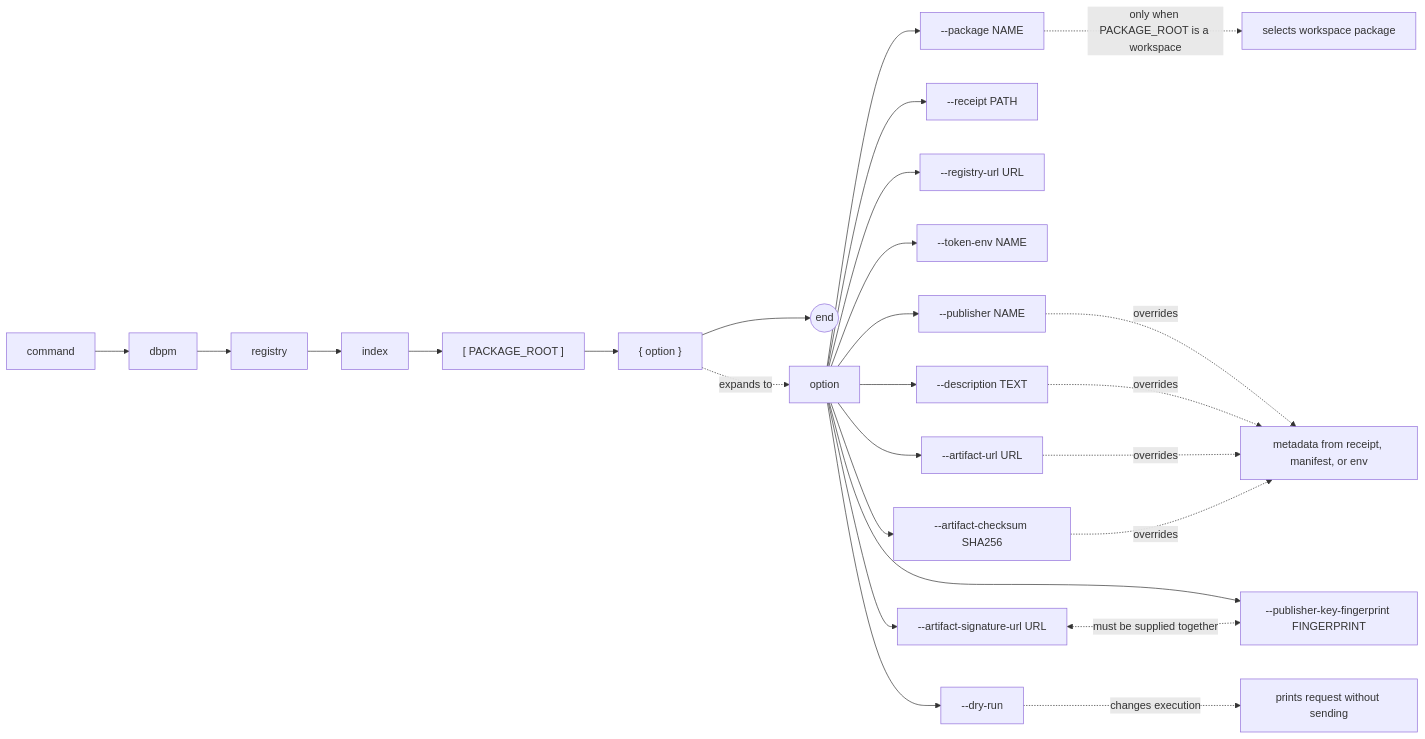
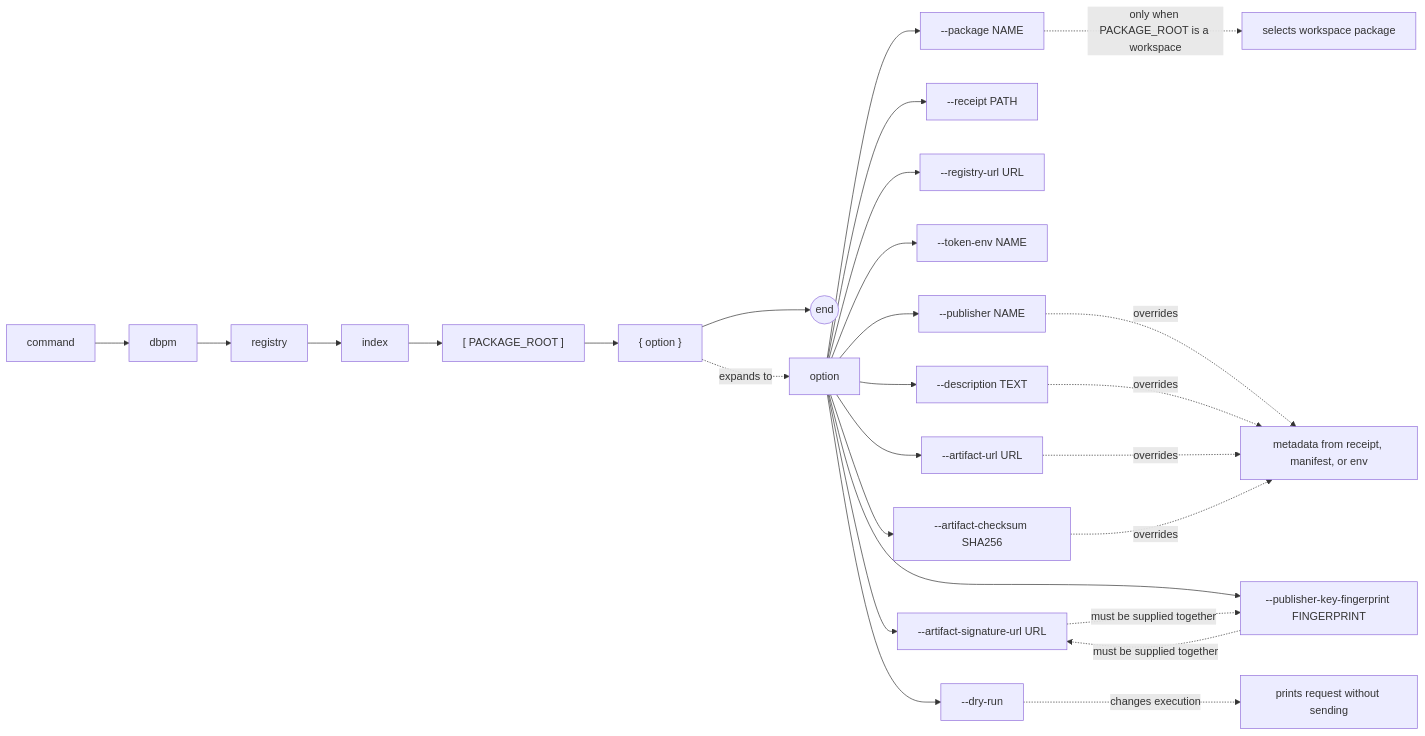
The diagram in docs/commands/registry-index.md (512itconsulting/dbpm), drawn with Mermaid before and after one commit. The commit also changed 13 other files, not shown here.

Commit message:
Add EBNF diagrams to command docs

````diff
--- a/docs/commands/registry-index.md
+++ b/docs/commands/registry-index.md
@@ -20,31 +20,32 @@
 ```mermaid
 flowchart LR
     command["command"] --> dbpm["dbpm"]
     dbpm --> registry["registry"]
     registry --> index["index"]
     index --> package_root["[ PACKAGE_ROOT ]"]
     package_root --> options["{ option }"]
     options --> end_node(("end"))
 
     options -. expands to .-> option["option"]
 
     option --> package["--package NAME"]
     option --> receipt["--receipt PATH"]
     option --> registry_url["--registry-url URL"]
     option --> token_env["--token-env NAME"]
     option --> publisher["--publisher NAME"]
     option --> description["--description TEXT"]
     option --> artifact_url["--artifact-url URL"]
     option --> artifact_checksum["--artifact-checksum SHA256"]
     option --> artifact_signature["--artifact-signature-url URL"]
     option --> publisher_key["--publisher-key-fingerprint FINGERPRINT"]
     option --> dry_run["--dry-run"]
 
     package -. only when PACKAGE_ROOT is a workspace .-> package_note["selects workspace package"]
     publisher -. overrides .-> metadata_note["metadata from receipt, manifest, or env"]
     description -. overrides .-> metadata_note
     artifact_url -. overrides .-> metadata_note
     artifact_checksum -. overrides .-> metadata_note
-    artifact_signature <-. must be supplied together .-> publisher_key
+    artifact_signature -. must be supplied together .-> publisher_key
+    publisher_key -. must be supplied together .-> artifact_signature
     dry_run -. changes execution .-> dry_run_note["prints request without sending"]
 ```
````
